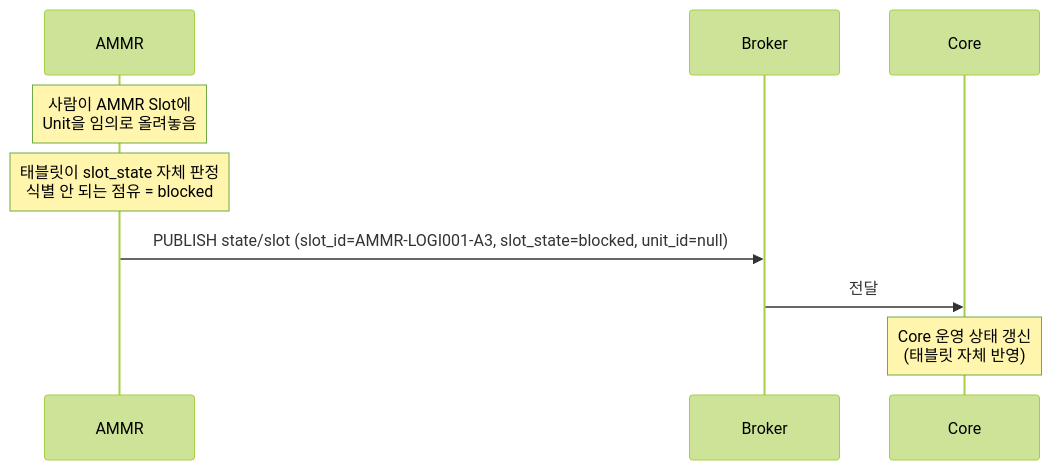
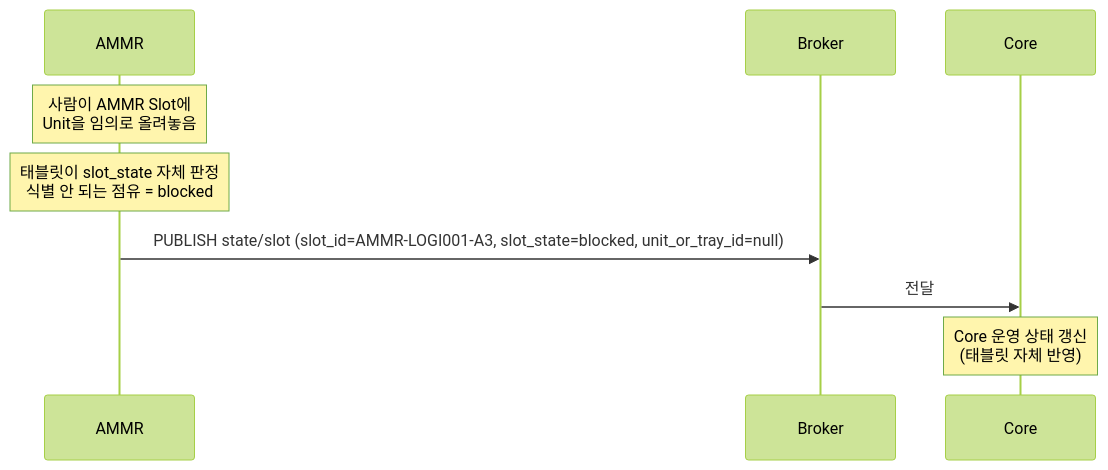
One commit to kimminsu0315/Core-Docs changed the ninth of 13 diagrams in docs/out/Core_ICD_AMMR.md. Above: the diagram before and after it, drawn with Mermaid (forest theme). The commit also changed other lines of this file and 17 other files, not shown here.

````diff
--- a/docs/out/Core_ICD_AMMR.md
+++ b/docs/out/Core_ICD_AMMR.md
@@ -1205,12 +1221,12 @@
 ```mermaid
 sequenceDiagram
     participant A as AMMR
     participant B as Broker
     participant C as Core
 
     Note over A: 사람이 AMMR Slot에<br/>Unit을 임의로 올려놓음
     Note over A: 태블릿이 slot_state 자체 판정<br/>식별 안 되는 점유 = blocked
-    A->>B: PUBLISH state/slot (slot_id=AMMR-LOGI001-A3, slot_state=blocked, unit_id=null)
+    A->>B: PUBLISH state/slot (slot_id=AMMR-LOGI001-A3, slot_state=blocked, unit_or_tray_id=null)
     B->>C: 전달
     Note over C: Core 운영 상태 갱신<br/>(태블릿 자체 반영)
 ```
````
